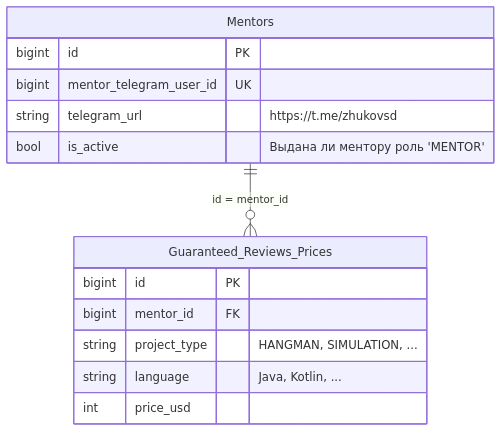
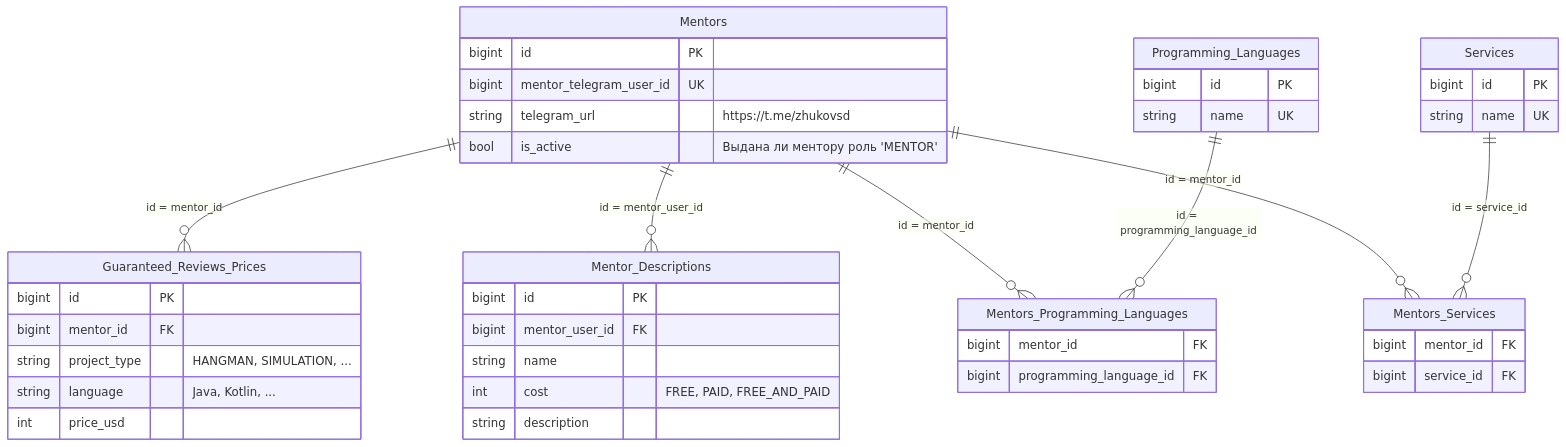
Before and after one commit to it-mentor-community-platform/meta: the diagram in system-analytics/services/mentor-service/index.md, drawn with Mermaid. The commit also changed other lines of this file, not shown here.

Commit message:
system analytics: mentor-service - new DB tables
Added new entities for mentor descriptions, programming languages, and services, along with their relationships and unique indexes.

````diff
--- a/system-analytics/services/mentor-service/index.md
+++ b/system-analytics/services/mentor-service/index.md
@@ -17,19 +17,54 @@
 ```mermaid
 erDiagram
     Mentors {
         bigint id PK
         bigint mentor_telegram_user_id UK
         string telegram_url "https://t.me/zhukovsd"
         bool is_active "Выдана ли ментору роль 'MENTOR'"
     }
 
     Guaranteed_Reviews_Prices {
         bigint id PK
         bigint mentor_id FK
         string project_type "HANGMAN, SIMULATION, ..."
         string language "Java, Kotlin, ..."
         int price_usd 
     }
 
+    Mentor_Descriptions {
+        bigint id PK
+        bigint mentor_user_id FK
+        string name
+        int cost "FREE, PAID, FREE_AND_PAID"
+        string description
+    }
+
+    Programming_Languages {
+        bigint id PK
+        string name UK
+    }
+
+    Mentors_Programming_Languages {
+        bigint mentor_id FK
+        bigint programming_language_id FK
+    }
+
+    Services {
+        bigint id PK
+        string name UK
+    }
+
+    Mentors_Services {
+        bigint mentor_id FK
+        bigint service_id FK
+    }
+
     Mentors ||--o{ Guaranteed_Reviews_Prices : "id = mentor_id"
+    Mentors ||--o{ Mentor_Descriptions : "id = mentor_user_id"
+
+    Mentors ||--o{ Mentors_Programming_Languages : "id = mentor_id"
+    Programming_Languages ||--o{ Mentors_Programming_Languages : "id = programming_language_id"
+
+    Mentors ||--o{ Mentors_Services : "id = mentor_id"
+    Services ||--o{ Mentors_Services : "id = service_id"
 ```
````
